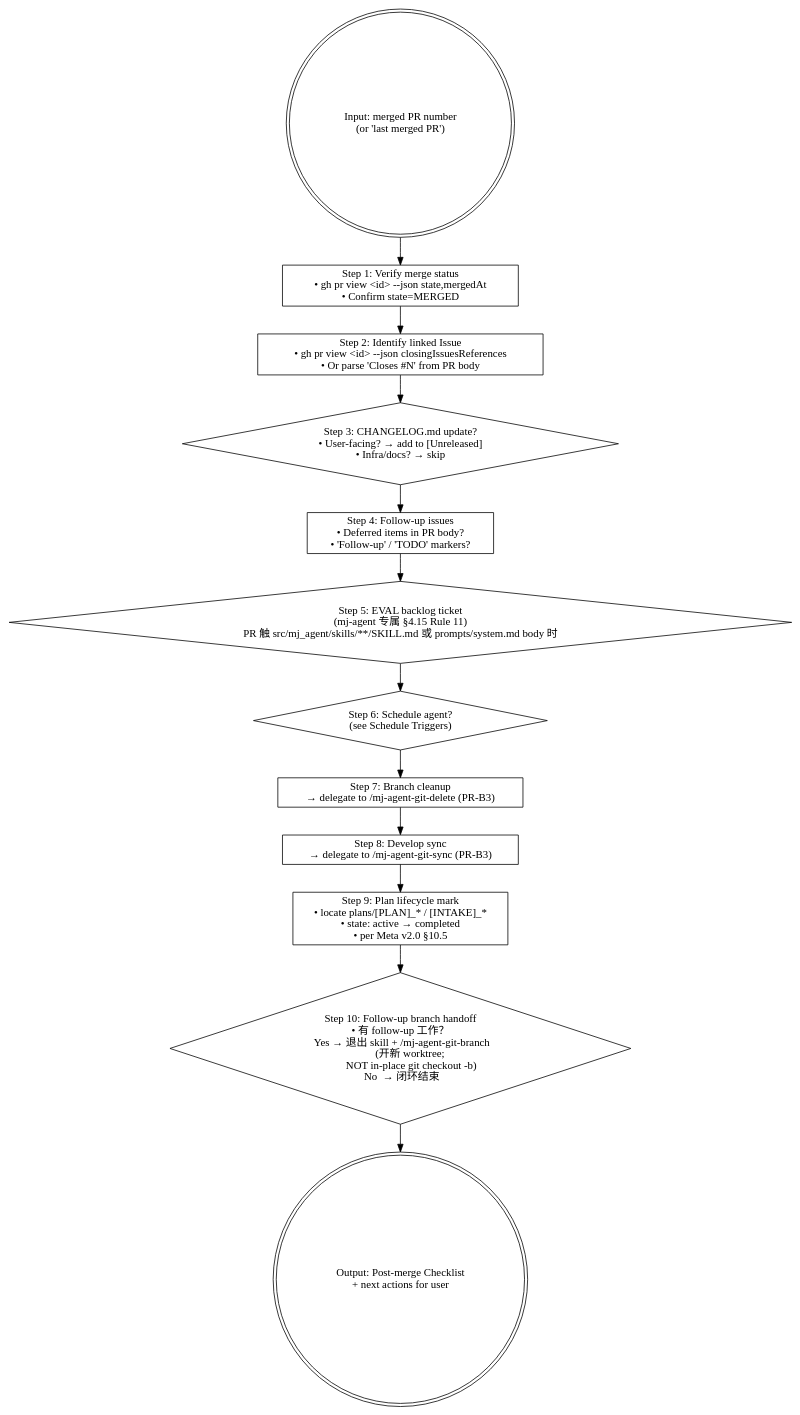
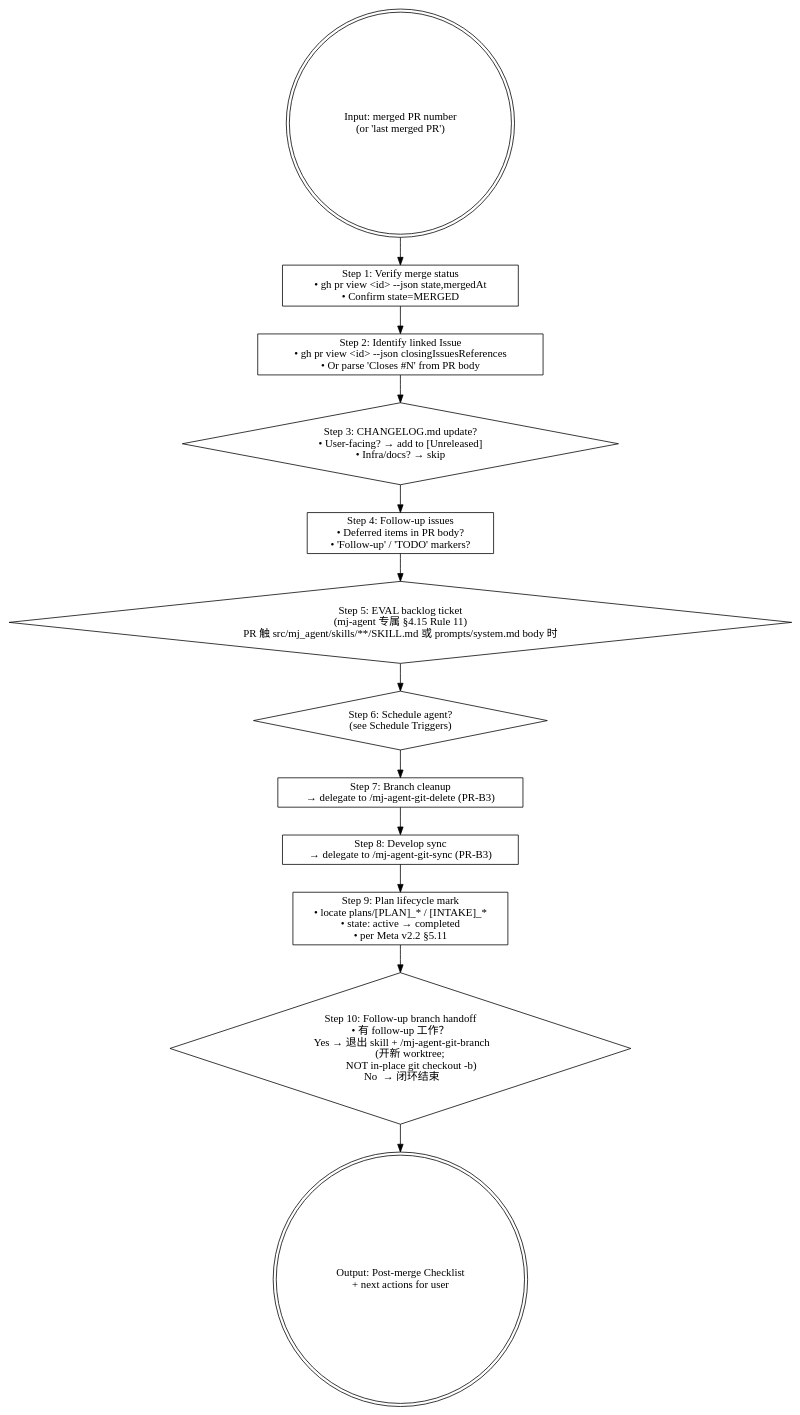
One commit to MJ-AgentLab/mj-agent changed the diagram in .claude/skills/mj-agent-flow-post-merge/SKILL.md. Above: the diagram before and after it, drawn with Graphviz. The commit also changed other lines of this file, not shown here.

First line of the commit message:
docs(skill): 修订 3 路径 A — post-merge SKILL Step 9 文案修正

````diff
--- a/.claude/skills/mj-agent-flow-post-merge/SKILL.md
+++ b/.claude/skills/mj-agent-flow-post-merge/SKILL.md
@@ -27,21 +27,21 @@
 ```dot
 digraph post_merge {
   rankdir=TB;
   start [label="Input: merged PR number\n(or 'last merged PR')" shape=doublecircle];
 
   s1 [label="Step 1: Verify merge status\n• gh pr view <id> --json state,mergedAt\n• Confirm state=MERGED" shape=box];
   s2 [label="Step 2: Identify linked Issue\n• gh pr view <id> --json closingIssuesReferences\n• Or parse 'Closes #N' from PR body" shape=box];
   s3 [label="Step 3: CHANGELOG.md update?\n• User-facing? → add to [Unreleased]\n• Infra/docs? → skip" shape=diamond];
   s4 [label="Step 4: Follow-up issues\n• Deferred items in PR body?\n• 'Follow-up' / 'TODO' markers?" shape=box];
   s5 [label="Step 5: EVAL backlog ticket\n(mj-agent 专属 §4.15 Rule 11)\nPR 触 src/mj_agent/skills/**/SKILL.md 或 prompts/system.md body 时" shape=diamond];
   s6 [label="Step 6: Schedule agent?\n(see Schedule Triggers)" shape=diamond];
   s7 [label="Step 7: Branch cleanup\n→ delegate to /mj-agent-git-delete (PR-B3)" shape=box];
   s8 [label="Step 8: Develop sync\n→ delegate to /mj-agent-git-sync (PR-B3)" shape=box];
-  s9 [label="Step 9: Plan lifecycle mark\n• locate plans/[PLAN]_* / [INTAKE]_*\n• state: active → completed\n• per Meta v2.0 §10.5" shape=box];
+  s9 [label="Step 9: Plan lifecycle mark\n• locate plans/[PLAN]_* / [INTAKE]_*\n• state: active → completed\n• per Meta v2.2 §5.11" shape=box];
   s10 [label="Step 10: Follow-up branch handoff\n• 有 follow-up 工作？\n  Yes → 退出 skill + /mj-agent-git-branch\n        (开新 worktree;\n         NOT in-place git checkout -b)\n  No  → 闭环结束" shape=diamond];
 
   out [label="Output: Post-merge Checklist\n+ next actions for user" shape=doublecircle];
 
   start -> s1 -> s2 -> s3 -> s4 -> s5 -> s6 -> s7 -> s8 -> s9 -> s10 -> out;
 }
 ```
````
